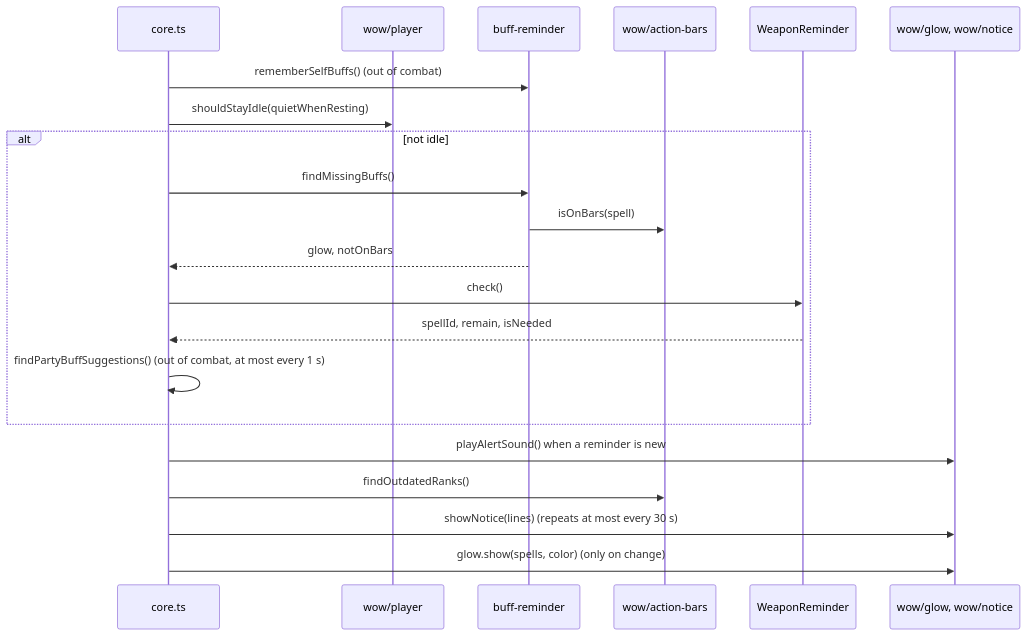
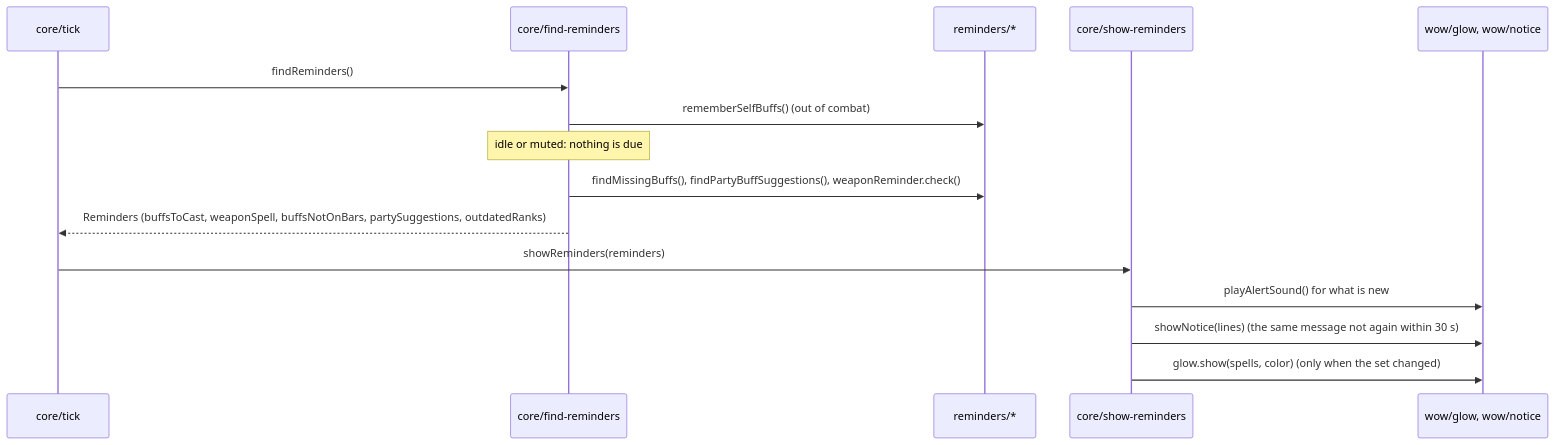
One commit to vattiss/wowkit changed the fourth of 4 diagrams in docs/architecture.md. Above: the diagram before and after it, drawn with Mermaid. The commit also changed other lines of this file and 12 other files, not shown here.

````diff
--- a/docs/architecture.md
+++ b/docs/architecture.md
@@ -126,24 +137,18 @@
 ```mermaid
 sequenceDiagram
-    participant Core as core.ts
-    participant Player as wow/player
-    participant Buff as buff-reminder
-    participant Bars as wow/action-bars
-    participant Weapon as WeaponReminder
+    participant Tick as core/tick
+    participant Find as core/find-reminders
+    participant Logic as reminders/*
+    participant Show as core/show-reminders
     participant Screen as wow/glow, wow/notice
 
-    Core->>Buff: rememberSelfBuffs() (out of combat)
-    Core->>Player: shouldStayIdle(quietWhenResting)
-    alt not idle
-        Core->>Buff: findMissingBuffs()
-        Buff->>Bars: isOnBars(spell)
-        Buff-->>Core: glow, notOnBars
-        Core->>Weapon: check()
-        Weapon-->>Core: spellId, remain, isNeeded
-        Core->>Core: findPartyBuffSuggestions() (out of combat, at most every 1 s)
-    end
-    Core->>Screen: playAlertSound() when a reminder is new
-    Core->>Bars: findOutdatedRanks()
-    Core->>Screen: showNotice(lines) (repeats at most every 30 s)
-    Core->>Screen: glow.show(spells, color) (only on change)
+    Tick->>Find: findReminders()
+    Find->>Logic: rememberSelfBuffs() (out of combat)
+    Note over Find: idle or muted: nothing is due
+    Find->>Logic: findMissingBuffs(), findPartyBuffSuggestions(), weaponReminder.check()
+    Find-->>Tick: Reminders (buffsToCast, weaponSpell, buffsNotOnBars, partySuggestions, outdatedRanks)
+    Tick->>Show: showReminders(reminders)
+    Show->>Screen: playAlertSound() for what is new
+    Show->>Screen: showNotice(lines) (the same message not again within 30 s)
+    Show->>Screen: glow.show(spells, color) (only when the set changed)
 ```
````
